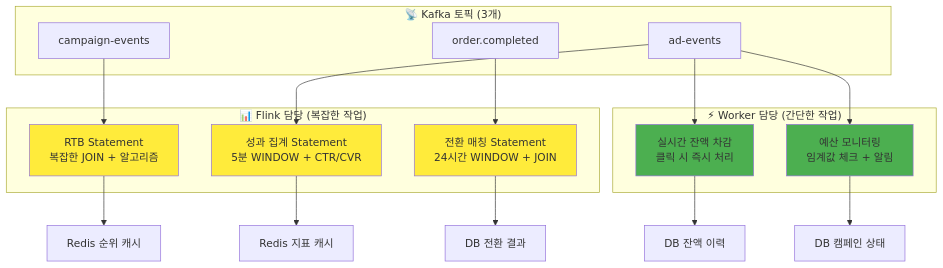
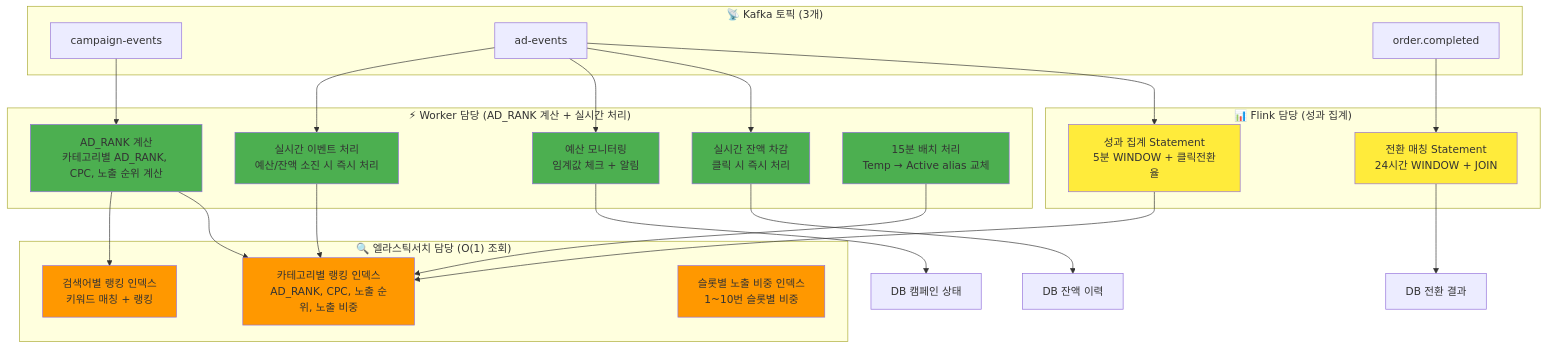
Before and after one commit to smk692/advertisement-project: the fifth of 9 diagrams in docs/2. 설계/2-1. 업무흐름.md, drawn with Mermaid. The commit also changed other lines of this file and 15 other files, not shown here.

````diff
--- a/docs/2. 설계/2-1. 업무흐름.md
+++ b/docs/2. 설계/2-1. 업무흐름.md
@@ -212,37 +217,54 @@
 ```mermaid
 graph TB
-    subgraph "📊 Flink 담당 (복잡한 작업)"
-        F1[RTB Statement<br/>복잡한 JOIN + 알고리즘]
-        F2[성과 집계 Statement<br/>5분 WINDOW + CTR/CVR]  
-        F3[전환 매칭 Statement<br/>24시간 WINDOW + JOIN]
+    subgraph "📊 Flink 담당 (성과 집계)"
+        F1[성과 집계 Statement<br/>5분 WINDOW + 클릭전환율]  
+        F2[전환 매칭 Statement<br/>24시간 WINDOW + JOIN]
     end
     
-    subgraph "⚡ Worker 담당 (간단한 작업)"
-        W1[실시간 잔액 차감<br/>클릭 시 즉시 처리]
-        W2[예산 모니터링<br/>임계값 체크 + 알림]
+    subgraph "⚡ Worker 담당 (AD_RANK 계산 + 실시간 처리)"
+        W1[AD_RANK 계산<br/>카테고리별 AD_RANK, CPC, 노출 순위 계산]
+        W2[실시간 잔액 차감<br/>클릭 시 즉시 처리]
+        W3[예산 모니터링<br/>임계값 체크 + 알림]
+        W4[실시간 이벤트 처리<br/>예산/잔액 소진 시 즉시 처리]
+        W5[15분 배치 처리<br/>Temp → Active alias 교체]
+    end
+    
+    subgraph "🔍 엘라스틱서치 담당 (O(1) 조회)"
+        ES1[카테고리별 랭킹 인덱스<br/>AD_RANK, CPC, 노출 순위, 노출 비중]
+        ES2[검색어별 랭킹 인덱스<br/>키워드 매칭 + 랭킹]
+        ES3[슬롯별 노출 비중 인덱스<br/>1~10번 슬롯별 비중]
     end
     
     subgraph "📡 Kafka 토픽 (3개)"
         K1[campaign-events]
         K2[ad-events]
         K3[order.completed]
     end
     
-    K1 --> F1
-    K2 --> F2
-    K2 --> W1
+    K1 --> W1
+    K2 --> F1
     K2 --> W2
-    K3 --> F3
+    K2 --> W3
+    K2 --> W4
+    K3 --> F2
     
-    F1 --> Redis[Redis 순위 캐시]
-    F2 --> Redis2[Redis 지표 캐시]
-    F3 --> DB[DB 전환 결과]
-    W1 --> DB2[DB 잔액 이력]
-    W2 --> DB3[DB 캠페인 상태]
+    F1 --> ES1
+    F2 --> DB[DB 전환 결과]
+    W1 --> ES1
+    W1 --> ES2
+    W2 --> DB2[DB 잔액 이력]
+    W3 --> DB3[DB 캠페인 상태]
+    W4 --> ES1
+    W5 --> ES1
     
     style F1 fill:#ffeb3b
     style F2 fill:#ffeb3b
-    style F3 fill:#ffeb3b
     style W1 fill:#4caf50
     style W2 fill:#4caf50
+    style W3 fill:#4caf50
+    style W4 fill:#4caf50
+    style W5 fill:#4caf50
+    style ES1 fill:#ff9800
+    style ES2 fill:#ff9800
+    style ES3 fill:#ff9800
 ```
````
